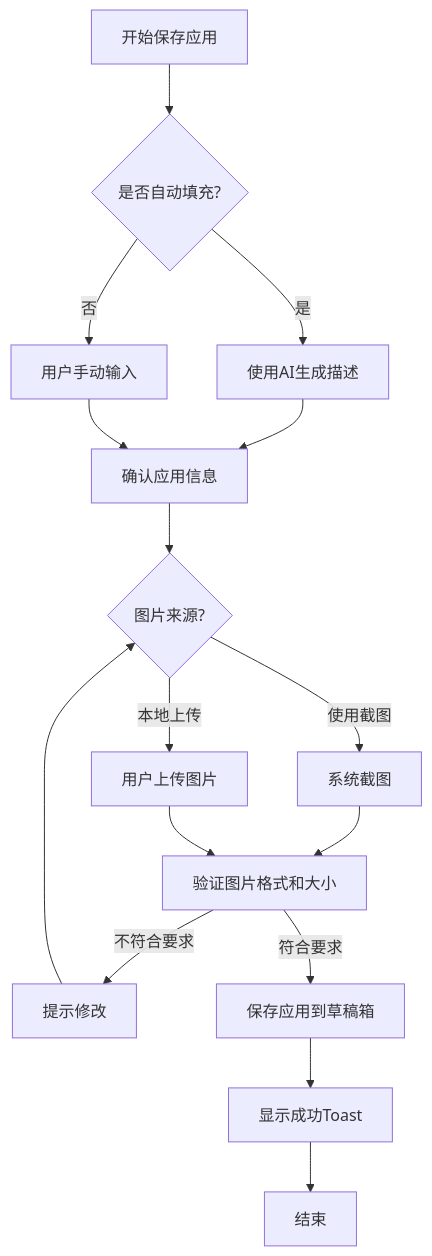
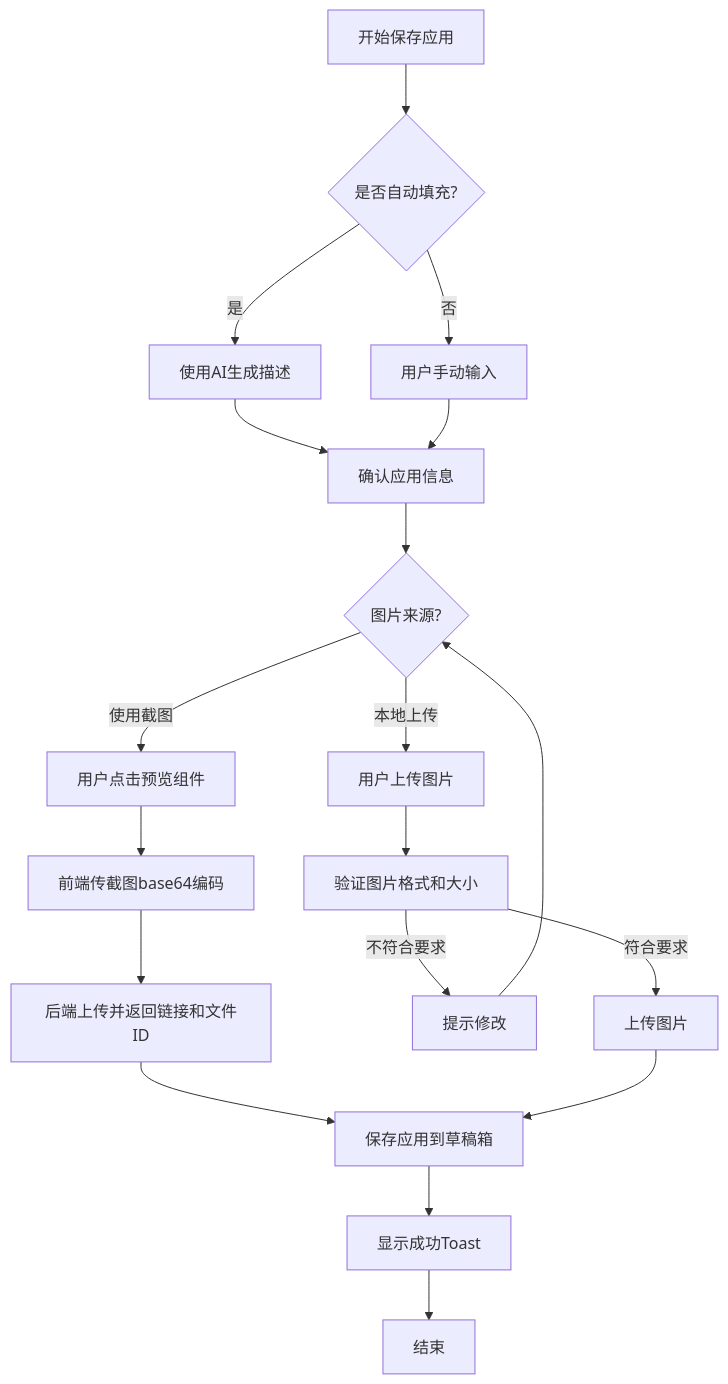
One commit to yingjianzh/iodraw-files changed the diagram in all/未命名-66.md. Above: the diagram before and after it, drawn with Mermaid.

Commit message:
2025-05-27 11:20:22 update

````diff
--- a/all/未命名-66.md
+++ b/all/未命名-66.md
@@ -1,20 +1,21 @@
 ```mermaid
-
 flowchart TD
     A[开始保存应用] --> B{是否自动填充?}
     B -->|是| C[使用AI生成描述]
     B -->|否| D[用户手动输入]
     C --> E[确认应用信息]
     D --> E
     E --> F{图片来源?}
-    F -->|使用截图| G[系统截图]
+    F -->|使用截图| G[用户点击预览组件]
     F -->|本地上传| H[用户上传图片]
-    G --> I[验证图片格式和大小]
-    H --> I
+    G --> G1[前端传截图base64编码]
+    G1 --> G2[后端上传并返回链接和文件ID]
+    H --> I[验证图片格式和大小]
     I -->|不符合要求| J[提示修改]
     J --> F
-    I -->|符合要求| K[保存应用到草稿箱]
+    I -->|符合要求| K1[上传图片]
+    G2 --> K[保存应用到草稿箱]
+    K1 --> K
     K --> L[显示成功Toast]
     L --> M[结束]
-
 ```
````
